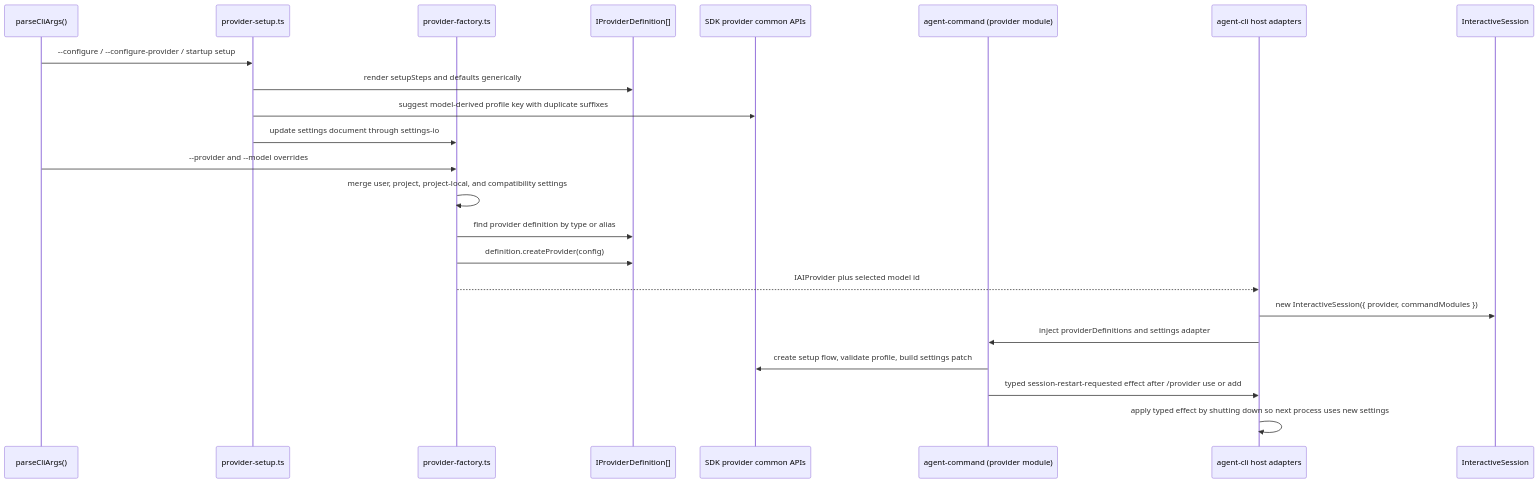
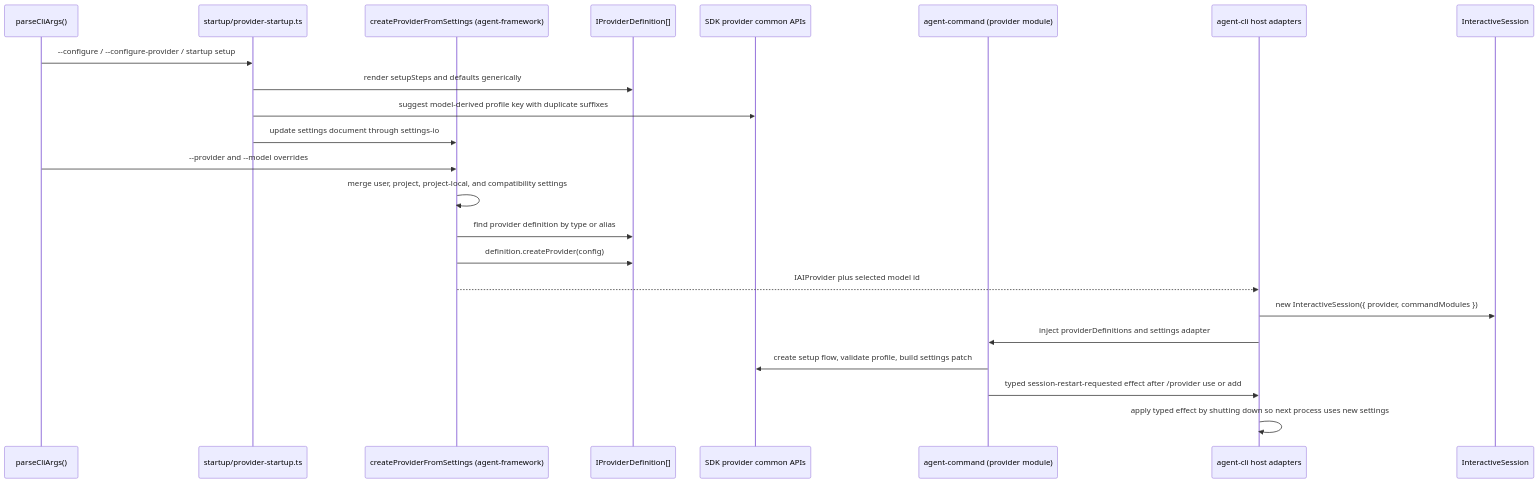
One commit to woojubb/robota changed the second of 3 diagrams in .agents/specs/architecture-map/agent-cli/commands-and-provider-flow.md. Above: the diagram before and after it, drawn with Mermaid. The commit also changed other lines of this file and 28 other files, not shown here.

````diff
--- a/.agents/specs/architecture-map/agent-cli/commands-and-provider-flow.md
+++ b/.agents/specs/architecture-map/agent-cli/commands-and-provider-flow.md
@@ -49,26 +50,26 @@
 ```mermaid
 sequenceDiagram
   participant Args as parseCliArgs()
-  participant Setup as provider-setup.ts
-  participant Factory as provider-factory.ts
+  participant Setup as startup/provider-startup.ts
+  participant Factory as createProviderFromSettings (agent-framework)
   participant Defs as IProviderDefinition[]
   participant SDKCommon as SDK provider common APIs
   participant Command as agent-command (provider module)
   participant CLI as agent-cli host adapters
   participant Session as InteractiveSession
 
   Args->>Setup: --configure / --configure-provider / startup setup
   Setup->>Defs: render setupSteps and defaults generically
   Setup->>SDKCommon: suggest model-derived profile key with duplicate suffixes
   Setup->>Factory: update settings document through settings-io
   Args->>Factory: --provider and --model overrides
   Factory->>Factory: merge user, project, project-local, and compatibility settings
   Factory->>Defs: find provider definition by type or alias
   Factory->>Defs: definition.createProvider(config)
   Factory-->>CLI: IAIProvider plus selected model id
   CLI->>Session: new InteractiveSession({ provider, commandModules })
   CLI->>Command: inject providerDefinitions and settings adapter
   Command->>SDKCommon: create setup flow, validate profile, build settings patch
   Command->>CLI: typed session-restart-requested effect after /provider use or add
   CLI->>CLI: apply typed effect by shutting down so next process uses new settings
 ```
````
